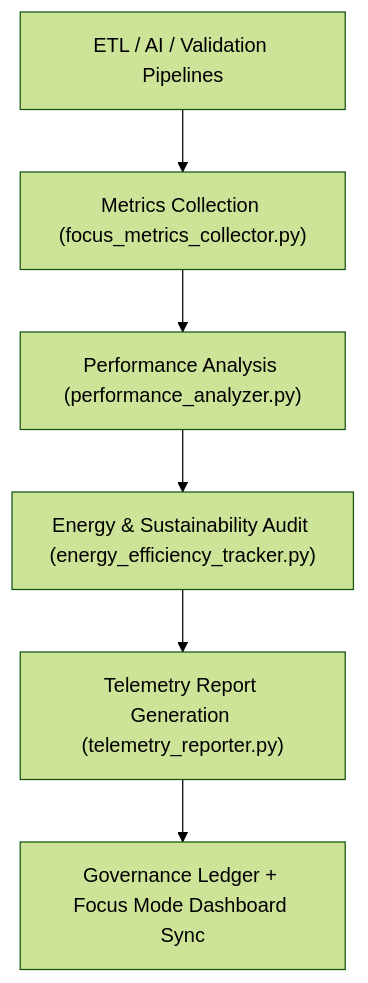
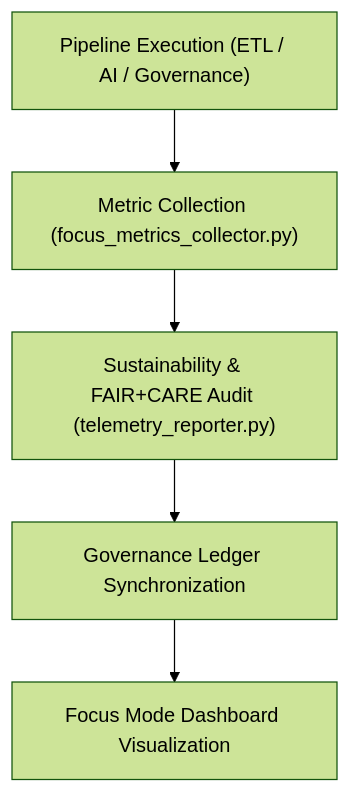
Before and after one commit to bartytime4life/Kansas-Frontier-Matrix: the diagram in src/pipelines/telemetry/README.md, drawn with Mermaid (forest theme). The commit also changed other lines of this file, not shown here.

````diff
--- a/src/pipelines/telemetry/README.md
+++ b/src/pipelines/telemetry/README.md
@@ -68,8 +65,7 @@
 ```mermaid
 flowchart TD
-    A["ETL / AI / Validation Pipelines"] --> B["Metrics Collection (focus_metrics_collector.py)"]
-    B --> C["Performance Analysis (performance_analyzer.py)"]
-    C --> D["Energy & Sustainability Audit (energy_efficiency_tracker.py)"]
-    D --> E["Telemetry Report Generation (telemetry_reporter.py)"]
-    E --> F["Governance Ledger + Focus Mode Dashboard Sync"]
+    A["Pipeline Execution (ETL / AI / Governance)"] --> B["Metric Collection (focus_metrics_collector.py)"]
+    B --> C["Sustainability & FAIR+CARE Audit (telemetry_reporter.py)"]
+    C --> D["Governance Ledger Synchronization"]
+    D --> E["Focus Mode Dashboard Visualization"]
 ```
````
